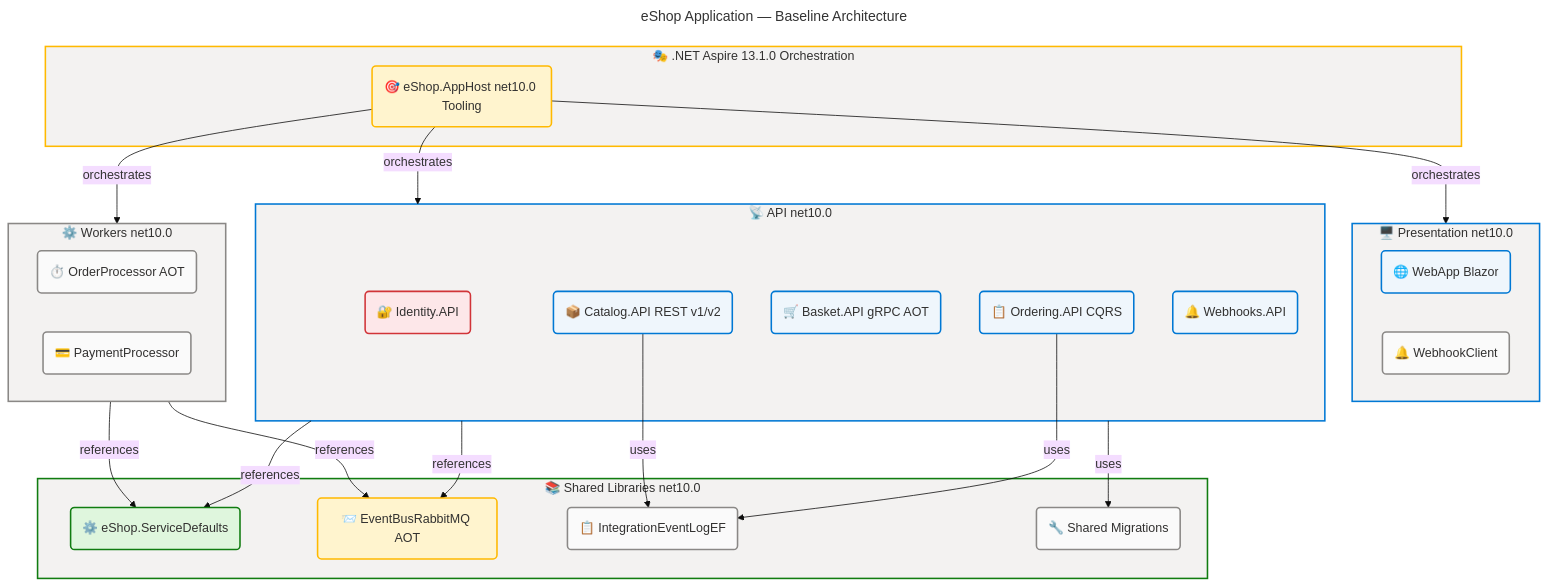
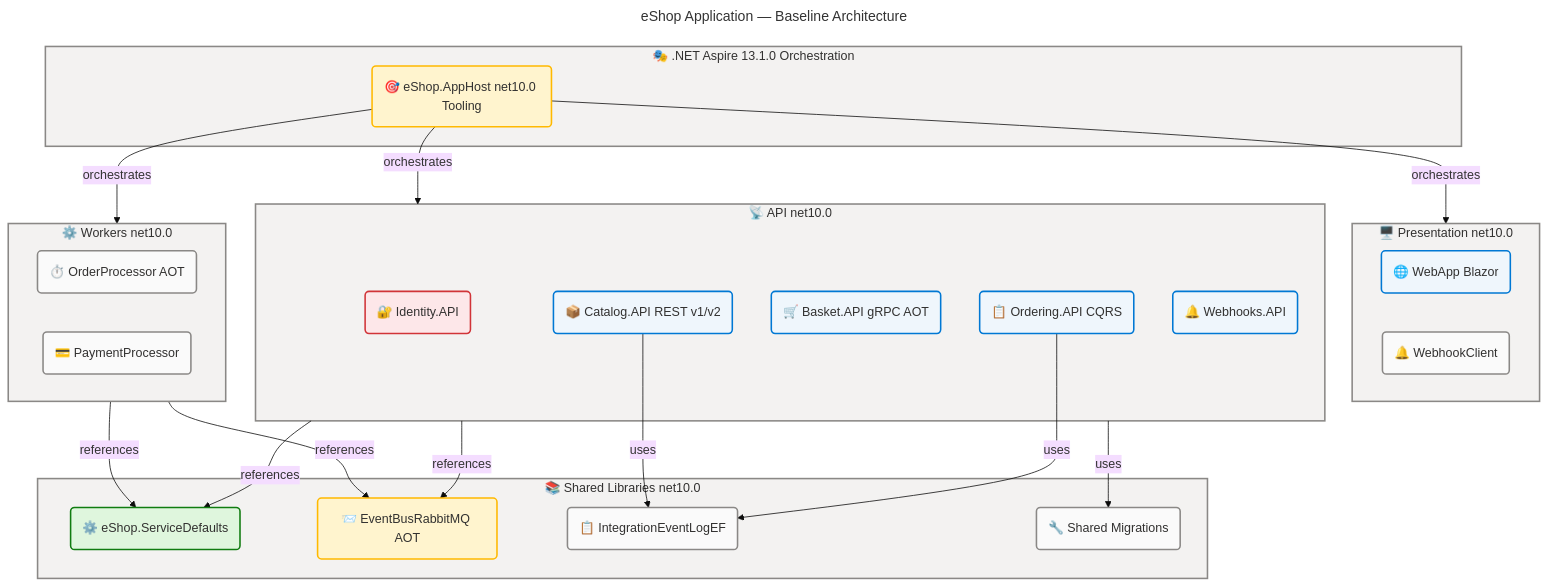
The fifth of 7 diagrams in docs/architecture/application-architecture.md (Evilazaro/eShop), drawn with Mermaid before and after one commit. The commit also changed other lines of this file, not shown here.

Commit message:
refactor: update flowchart governance comments and styling for consistency and accessibility

````diff
--- a/docs/architecture/application-architecture.md
+++ b/docs/architecture/application-architecture.md
@@ -701,71 +733,79 @@
 ```mermaid
 ---
 title: eShop Application — Baseline Architecture
 config:
   theme: base
   look: classic
   layout: dagre
   themeVariables:
     fontSize: '16px'
   flowchart:
     htmlLabels: true
 ---
 flowchart TB
     accTitle: eShop Application Baseline Architecture
     accDescr: Documents current-state deployment topology with runtime targets and shared library relationships
 
+    %% ═══════════════════════════════════════════════════════════════════════════
     %% AZURE / FLUENT ARCHITECTURE PATTERN v2.0
-    %% PHASE 1-5 governance applied
+    %% (Semantic + Structural + Font + Accessibility Governance)
+    %% ═══════════════════════════════════════════════════════════════════════════
+    %% PHASE 1 - FLUENT UI: All styling uses approved Fluent UI palette only
+    %% PHASE 2 - GROUPS: Every subgraph has semantic color via style directive
+    %% PHASE 3 - COMPONENTS: Every node has semantic classDef + icon prefix
+    %% PHASE 4 - ACCESSIBILITY: accTitle/accDescr present, WCAG AA contrast
+    %% PHASE 5 - STANDARD: Governance block present, classDefs centralized
+    %% ═══════════════════════════════════════════════════════════════════════════
 
     subgraph aspireOrch["🎭 .NET Aspire 13.1.0 Orchestration"]
         appHost("🎯 eShop.AppHost net10.0 Tooling"):::warning
     end
 
     subgraph presentations["🖥️ Presentation net10.0"]
         webapp4("🌐 WebApp Blazor"):::core
         webhookClient4("🔔 WebhookClient"):::neutral
     end
 
     subgraph apiContainers["📡 API net10.0"]
         identityApi4("🔐 Identity.API"):::danger
         catalogApi4("📦 Catalog.API REST v1/v2"):::core
         basketApi4("🛒 Basket.API gRPC AOT"):::core
         orderingApi4("📋 Ordering.API CQRS"):::core
         webhooksApi4("🔔 Webhooks.API"):::core
     end
 
     subgraph workerContainers["⚙️ Workers net10.0"]
         orderProc4("⏱️ OrderProcessor AOT"):::neutral
         paymentProc4("💳 PaymentProcessor"):::neutral
     end
 
     subgraph sharedLibs4["📚 Shared Libraries net10.0"]
         svcDefaults4("⚙️ eShop.ServiceDefaults"):::success
         evtBus4("📨 EventBusRabbitMQ AOT"):::warning
         evtLog4("📋 IntegrationEventLogEF"):::neutral
         sharedLib4("🔧 Shared Migrations"):::neutral
     end
 
     appHost -->|orchestrates| presentations
     appHost -->|orchestrates| apiContainers
     appHost -->|orchestrates| workerContainers
     apiContainers -->|references| svcDefaults4
     workerContainers -->|references| svcDefaults4
     apiContainers -->|references| evtBus4
     workerContainers -->|references| evtBus4
     orderingApi4 -->|uses| evtLog4
     catalogApi4 -->|uses| evtLog4
     apiContainers -->|uses| sharedLib4
 
     classDef neutral fill:#FAFAFA,stroke:#8A8886,stroke-width:2px,color:#323130
     classDef core fill:#EFF6FC,stroke:#0078D4,stroke-width:2px,color:#323130
     classDef success fill:#DFF6DD,stroke:#107C10,stroke-width:2px,color:#323130
     classDef warning fill:#FFF4CE,stroke:#FFB900,stroke-width:2px,color:#323130
     classDef danger fill:#FDE7E9,stroke:#D13438,stroke-width:2px,color:#323130
 
-    style aspireOrch fill:#F3F2F1,stroke:#FFB900,stroke-width:2px,color:#323130
-    style presentations fill:#F3F2F1,stroke:#0078D4,stroke-width:2px,color:#323130
-    style apiContainers fill:#F3F2F1,stroke:#0078D4,stroke-width:2px,color:#323130
+    style aspireOrch fill:#F3F2F1,stroke:#8A8886,stroke-width:2px,color:#323130
+    style presentations fill:#F3F2F1,stroke:#8A8886,stroke-width:2px,color:#323130
+    style apiContainers fill:#F3F2F1,stroke:#8A8886,stroke-width:2px,color:#323130
     style workerContainers fill:#F3F2F1,stroke:#8A8886,stroke-width:2px,color:#323130
-    style sharedLibs4 fill:#F3F2F1,stroke:#107C10,stroke-width:2px,color:#323130
+    style sharedLibs4 fill:#F3F2F1,stroke:#8A8886,stroke-width:2px,color:#323130
 ```
````
